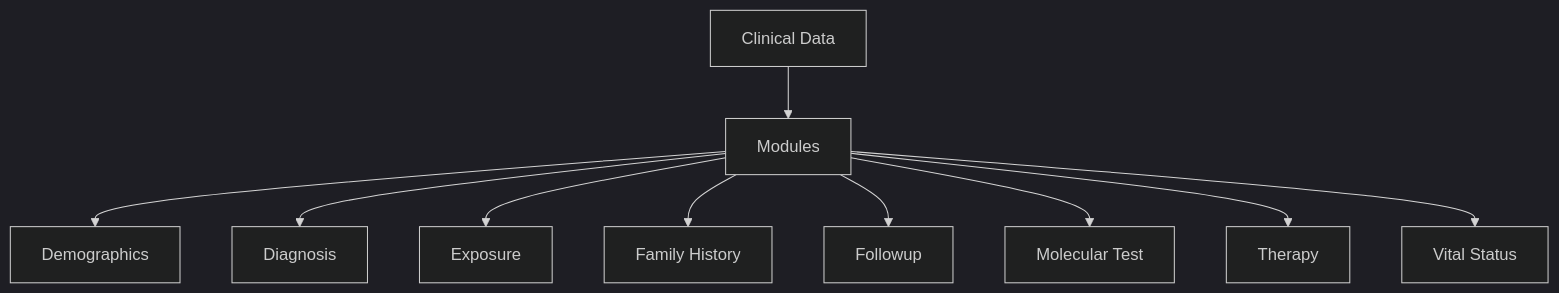
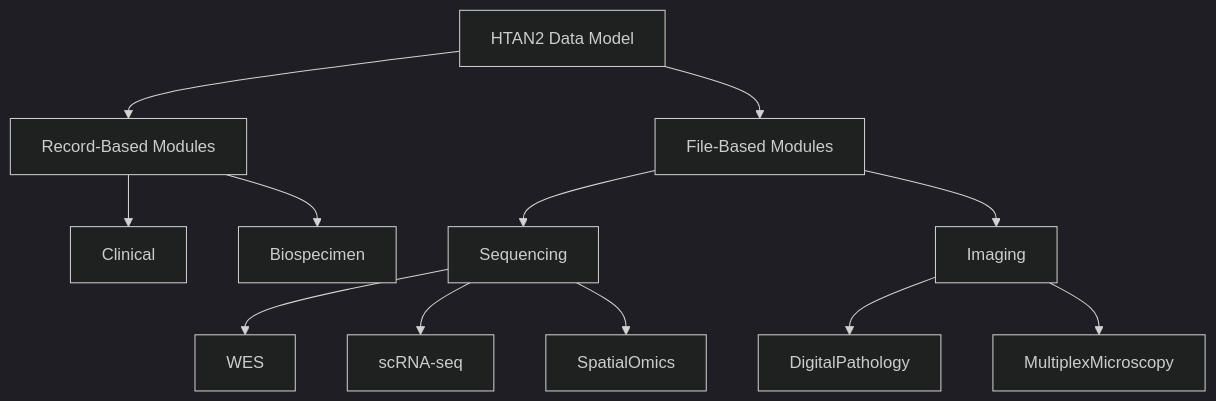
One commit to ncihtan/htan2-data-model changed the diagram in docs/index.md. Above: the diagram before and after it, drawn with Mermaid (dark theme). The commit also changed other lines of this file and 2 other files, not shown here.

````diff
--- a/docs/index.md
+++ b/docs/index.md
@@ -9,12 +9,14 @@
 ```mermaid
 graph TD
-    A[Clinical Data] --> B[Modules]
-    B --> C[Demographics]
-    B --> D[Diagnosis]
-    B --> E[Exposure]
-    B --> F[Family History]
-    B --> G[Followup]
-    B --> H[Molecular Test]
-    B --> I[Therapy]
-    B --> J[Vital Status]
+    A[HTAN2 Data Model] --> B[Record-Based Modules]
+    A --> C[File-Based Modules]
+    B --> D[Clinical]
+    B --> E[Biospecimen]
+    C --> F[Sequencing]
+    C --> G[Imaging]
+    F --> H[WES]
+    F --> I[scRNA-seq]
+    F --> J[SpatialOmics]
+    G --> K[DigitalPathology]
+    G --> L[MultiplexMicroscopy]
 ```
````
